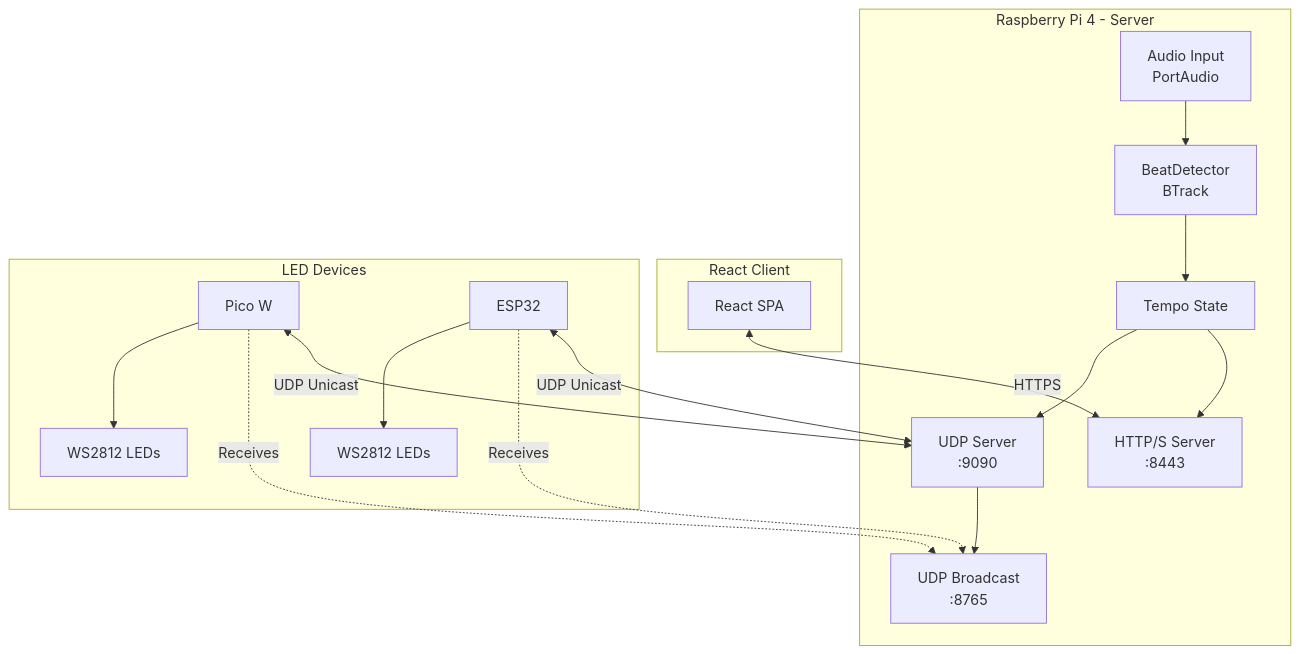
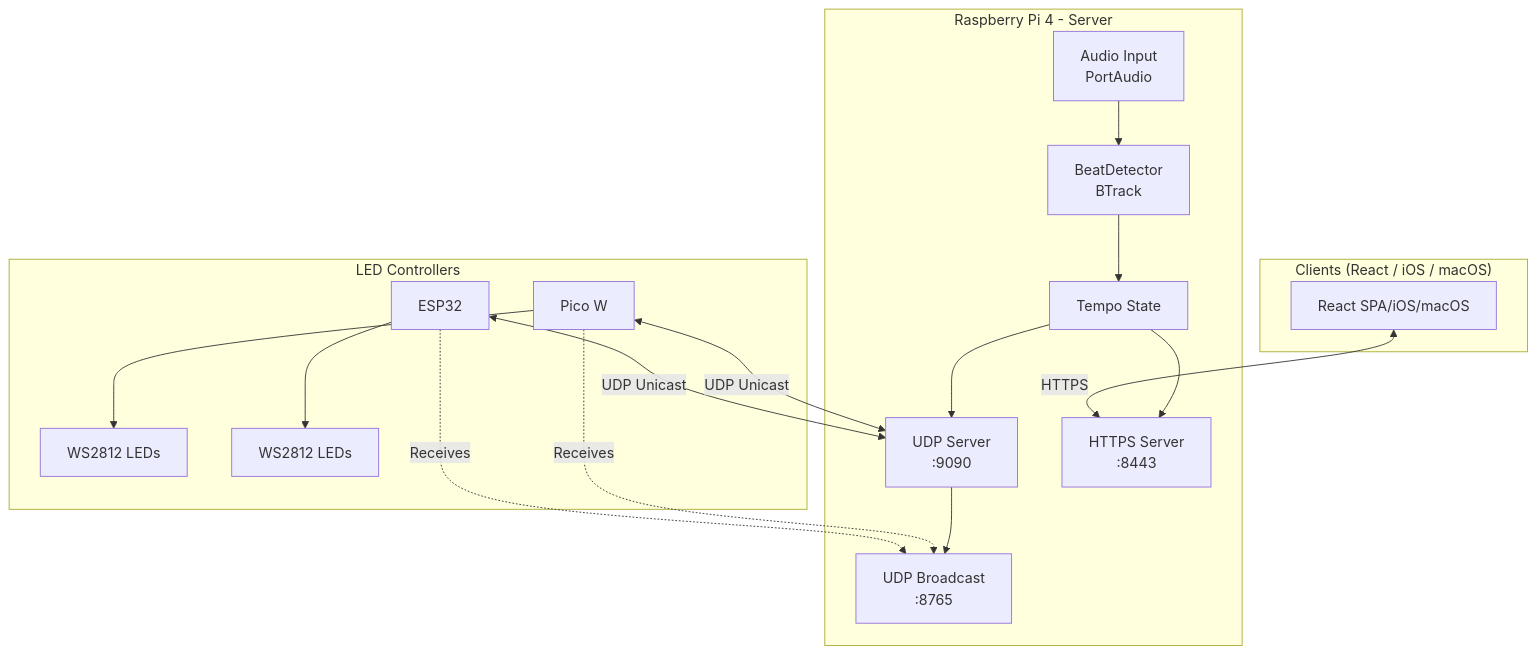
One commit to oost/beatled changed the diagram in docs/architecture.markdown. Above: the diagram before and after it, drawn with Mermaid. The commit also changed other lines of this file and 11 other files, not shown here.

First line of the commit message:
Restructure docs: rename Pico→Controller, add Clients section, new Server↔Controller Communication section

````diff
--- a/docs/architecture.markdown
+++ b/docs/architecture.markdown
@@ -13,23 +13,25 @@
 ```mermaid
 graph TB
     subgraph Server["Raspberry Pi 4 - Server"]
         AI[Audio Input<br/>PortAudio] --> BD[BeatDetector<br/>BTrack]
         BD --> TS[Tempo State]
-        TS --> HTTP[HTTP/S Server<br/>:8443]
         TS --> UDP_S[UDP Server<br/>:9090]
         UDP_S --> BC[UDP Broadcast<br/>:8765]
+        TS --> HTTPS[HTTPS Server<br/>:8443]
     end
 
-    subgraph Client["React Client"]
-        UI[React SPA] <-->|HTTPS| HTTP
-    end
 
-    subgraph Devices["LED Devices"]
+    subgraph Devices["LED Controllers"]
         P1[Pico W] <-->|UDP Unicast| UDP_S
         P1 -.->|Receives| BC
         P2[ESP32] <-->|UDP Unicast| UDP_S
         P2 -.->|Receives| BC
         P1 --> LED1[WS2812 LEDs]
         P2 --> LED2[WS2812 LEDs]
     end
+
+    subgraph Client["Clients (React / iOS / macOS)"]
+        UI[React SPA/iOS/macOS] <--> |HTTPS| HTTPS
+    end
+
 ```
````
